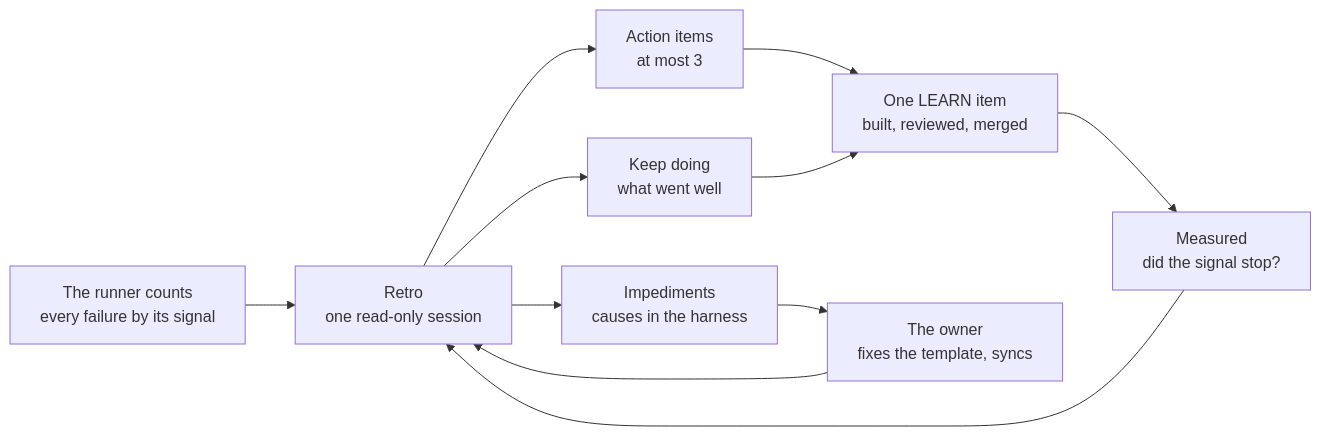
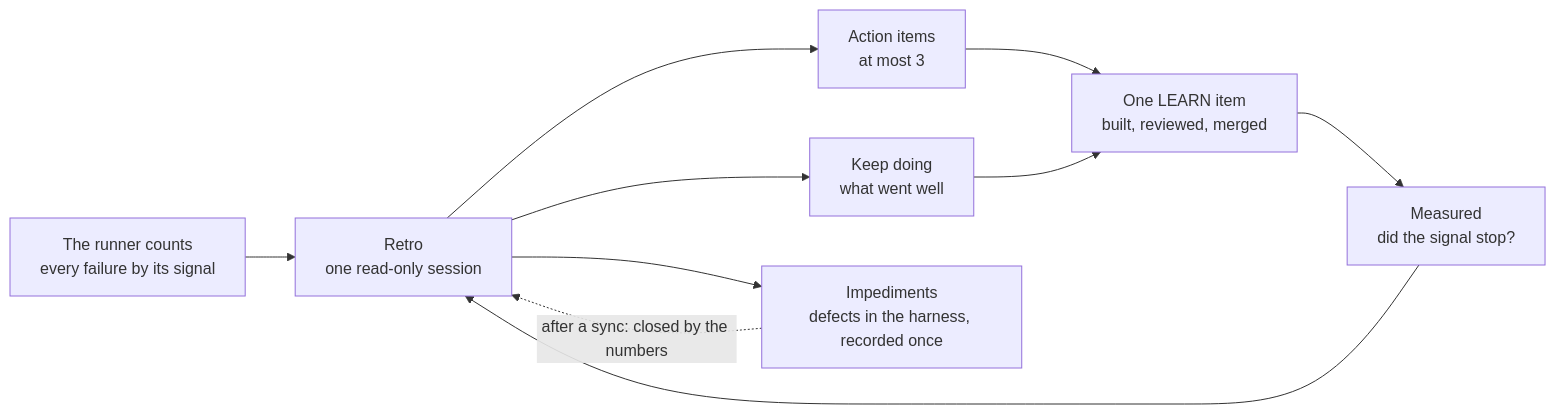
One commit to yungxramoz/real-gates changed the diagram in loop/README.md. Above: the diagram before and after it, drawn with Mermaid. The commit also changed other lines of this file and 24 other files, not shown here.

First line of the commit message:
feat(retro): a refusal is the guard working, and the loop asks nobody about its harness

````diff
--- a/loop/README.md
+++ b/loop/README.md
@@ -388,13 +389,12 @@
 ```mermaid
 flowchart LR
   count["The runner counts<br/>every failure by its signal"] --> retro["Retro<br/>one read-only session"]
   retro --> keep["Keep doing<br/>what went well"]
   retro --> act["Action items<br/>at most 3"]
-  retro --> imp["Impediments<br/>causes in the harness"]
+  retro --> imp["Impediments<br/>defects in the harness, recorded once"]
   act --> learn["One LEARN item<br/>built, reviewed, merged"]
   keep --> learn
   learn --> measure["Measured<br/>did the signal stop?"]
   measure --> retro
-  imp --> owner["The owner<br/>fixes the template, syncs"]
-  owner --> retro
+  imp -. "after a sync: closed by the numbers" .-> retro
 ```
````
